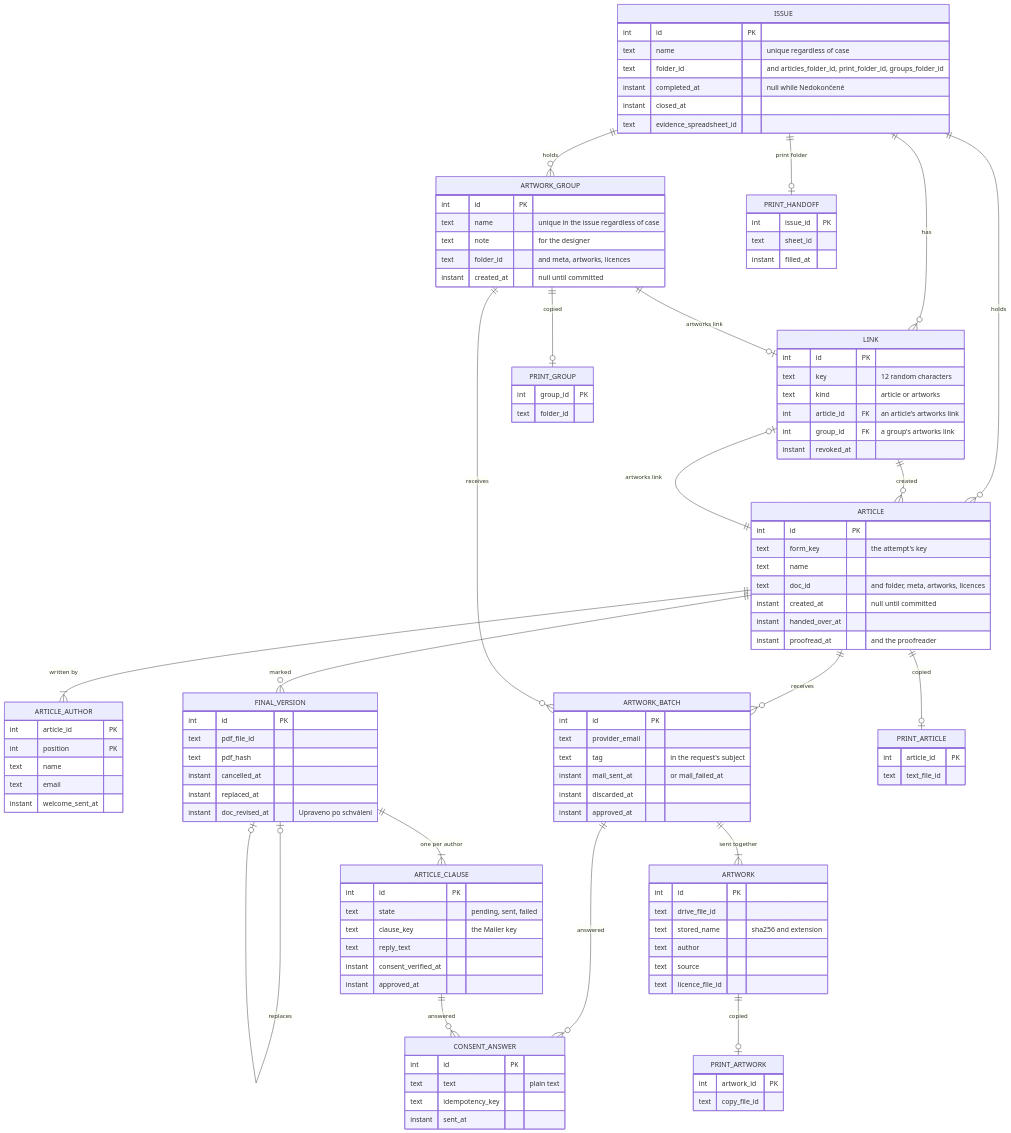
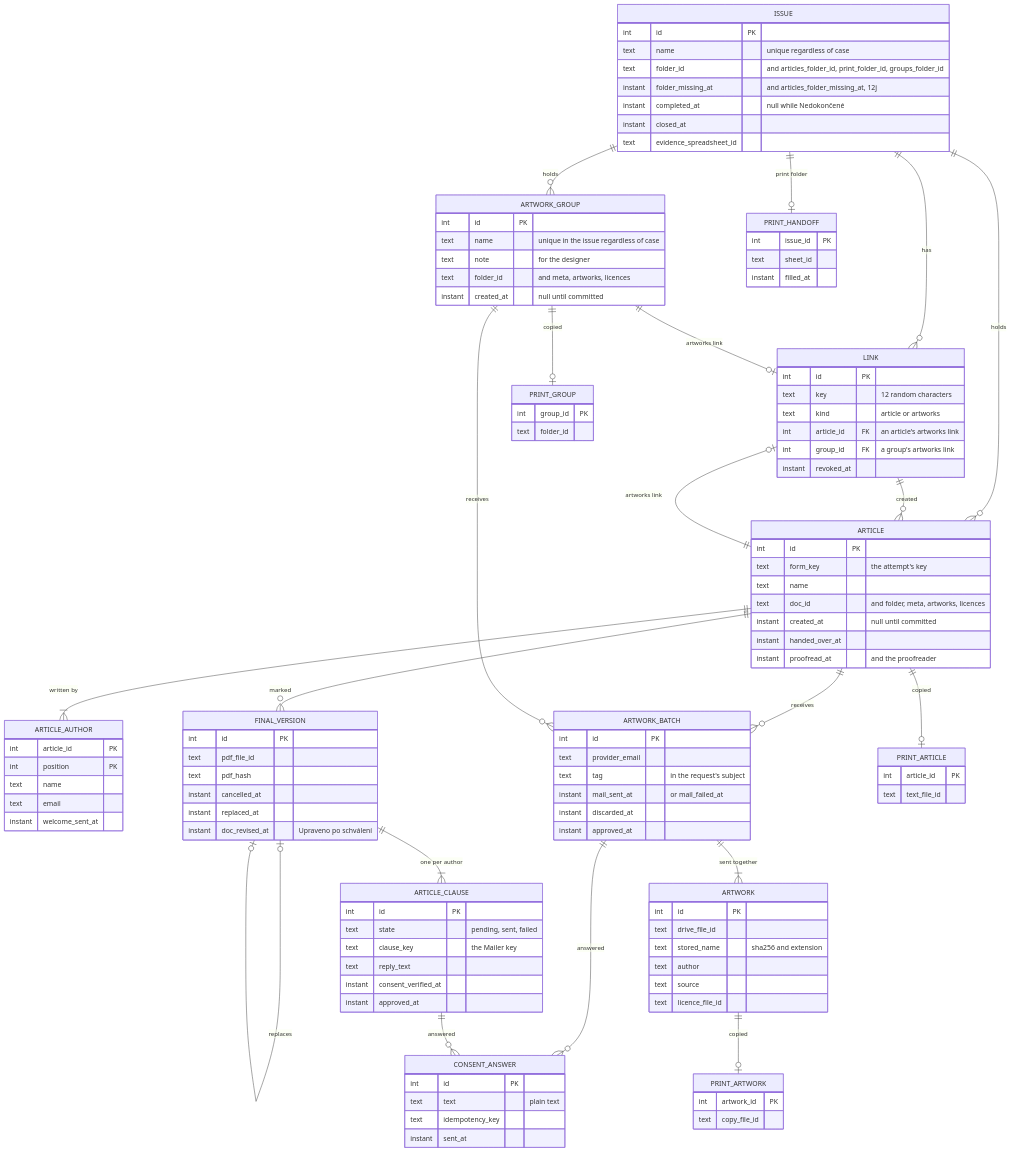
One commit to vednemesicnik/cz.vednemesicnik.publikace changed the second of 6 diagrams in docs/architecture.md. Above: the diagram before and after it, drawn with Mermaid. The commit also changed 18 other files, not shown here.

First line of the commit message:
fix(issues): show a missing Články or issue folder in the issue detail and count it (#147)

```diff
--- a/docs/architecture.md
+++ b/docs/architecture.md
@@ -104,6 +104,7 @@
     int id PK
     text name "unique regardless of case"
     text folder_id "and articles_folder_id, print_folder_id, groups_folder_id"
+    instant folder_missing_at "and articles_folder_missing_at, 12j"
     instant completed_at "null while Nedokončené"
     instant closed_at
     text evidence_spreadsheet_id
```
